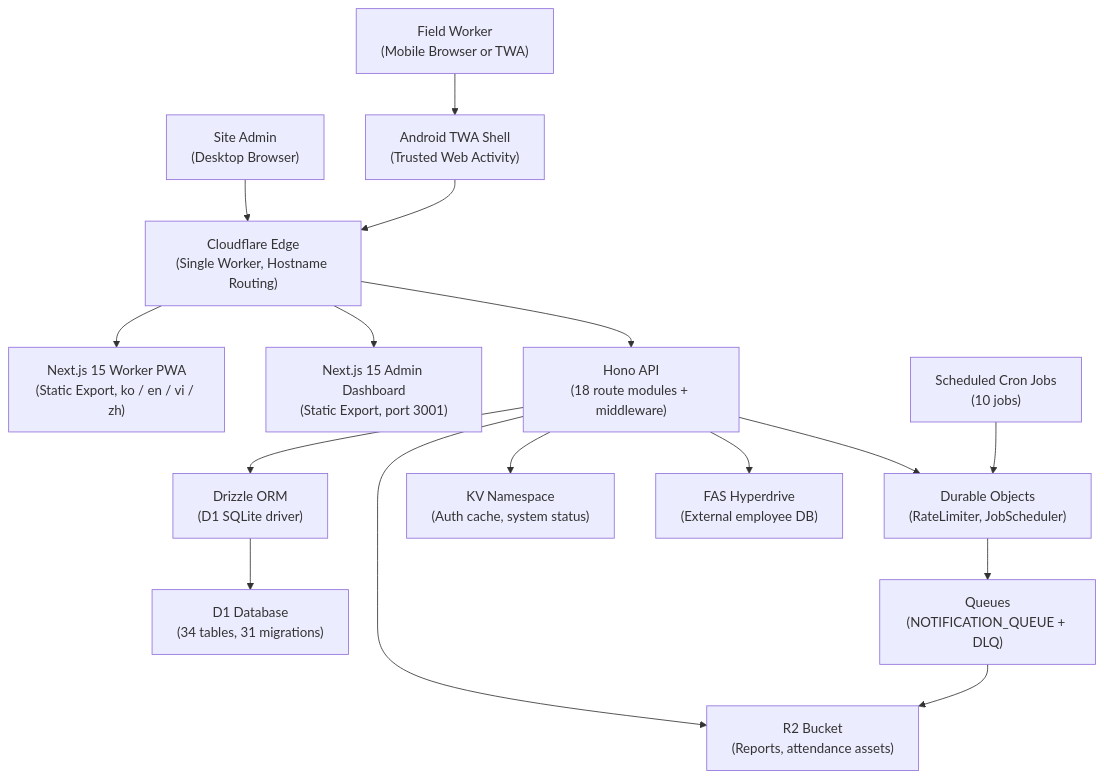
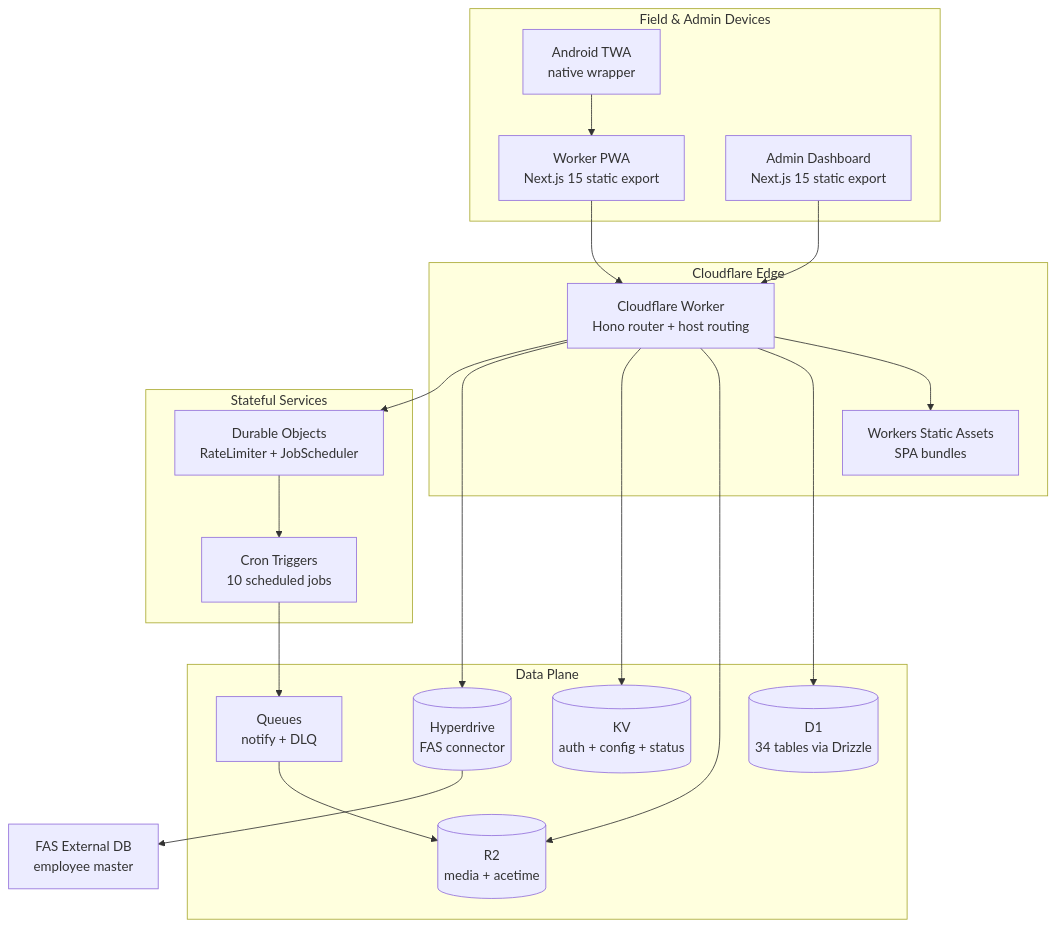
One commit to jclee941/safetywallet changed the diagram in README.md. Above: the diagram before and after it, drawn with Mermaid. The commit also changed other lines of this file, not shown here.

````diff
--- a/README.md
+++ b/README.md
@@ -48,40 +62,42 @@
 ```mermaid
 flowchart TB
-    Worker["Field Worker<br/>(Mobile Browser or TWA)"]
-    Admin["Site Admin<br/>(Desktop Browser)"]
+    subgraph Clients[Field & Admin Devices]
+        PWA[Worker PWA<br/>Next.js 15 static export]
+        TWA[Android TWA<br/>native wrapper]
+        Admin[Admin Dashboard<br/>Next.js 15 static export]
+    end
 
-    TWA["Android TWA Shell<br/>(Trusted Web Activity)"]
-    WorkerPWA["Next.js 15 Worker PWA<br/>(Static Export, ko / en / vi / zh)"]
-    AdminPWA["Next.js 15 Admin Dashboard<br/>(Static Export, port 3001)"]
+    subgraph Edge[Cloudflare Edge]
+        Worker[Cloudflare Worker<br/>Hono router + host routing]
+        Static[Workers Static Assets<br/>SPA bundles]
+    end
 
-    Edge["Cloudflare Edge<br/>(Single Worker, Hostname Routing)"]
-    Hono["Hono API<br/>(18 route modules + middleware)"]
-    Drizzle["Drizzle ORM<br/>(D1 SQLite driver)"]
+    subgraph Stateful[Stateful Services]
+        DO[Durable Objects<br/>RateLimiter + JobScheduler]
+        Cron[Cron Triggers<br/>10 scheduled jobs]
+    end
 
-    D1["D1 Database<br/>(34 tables, 31 migrations)"]
-    R2["R2 Bucket<br/>(Reports, attendance assets)"]
-    KV["KV Namespace<br/>(Auth cache, system status)"]
-    HD["FAS Hyperdrive<br/>(External employee DB)"]
+    subgraph Data[Data Plane]
+        D1[(D1<br/>34 tables via Drizzle)]
+        R2[(R2<br/>media + acetime)]
+        KV[(KV<br/>auth + config + status)]
+        HD[(Hyperdrive<br/>FAS connector)]
+        Q[Queues<br/>notify + DLQ]
+    end
 
-    DO["Durable Objects<br/>(RateLimiter, JobScheduler)"]
-    Cron["Scheduled Cron Jobs<br/>(10 jobs)"]
-    Queue["Queues<br/>(NOTIFICATION_QUEUE + DLQ)"]
+    External[FAS External DB<br/>employee master]
 
-    Worker --> TWA
-    TWA --> Edge
-    Admin --> Edge
-
-    Edge --> WorkerPWA
-    Edge --> AdminPWA
-    Edge --> Hono
-    Hono --> Drizzle
-    Drizzle --> D1
-    Hono --> R2
-    Hono --> KV
-    Hono --> HD
-
-    Cron --> DO
-    Hono --> DO
-    DO --> Queue
-    Queue --> R2
+    PWA --> Worker
+    TWA --> PWA
+    Admin --> Worker
+    Worker --> Static
+    Worker --> D1
+    Worker --> R2
+    Worker --> KV
+    Worker --> HD
+    Worker --> DO
+    DO --> Cron
+    Cron --> Q
+    Q --> R2
+    HD --> External
 ```
````
